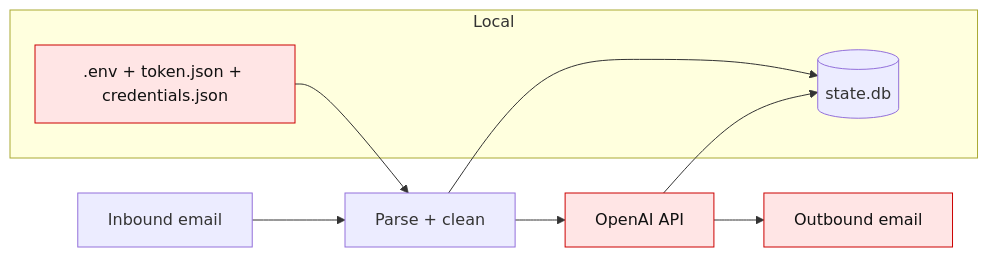
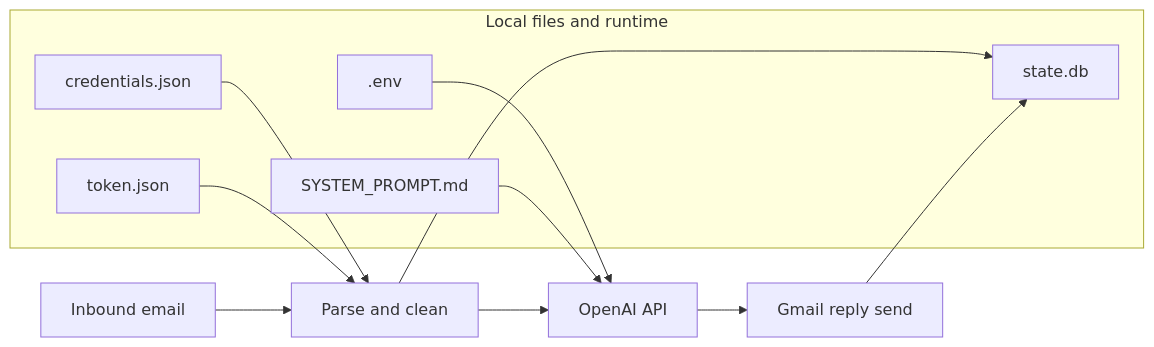
Before and after one commit to LunarMothStudios/Canna-Mailroom: the first of 2 diagrams in docs/security-and-safety.md, drawn with Mermaid. The commit also changed other lines of this file and 16 other files, not shown here.

````diff
--- a/docs/security-and-safety.md
+++ b/docs/security-and-safety.md
@@ -43,18 +94,21 @@
 ```mermaid
-graph LR
-    IN[Inbound email] --> PARSE[Parse + clean]
-    PARSE --> MODEL[OpenAI API]
-    MODEL --> OUT[Outbound email]
+flowchart LR
+    Inbound["Inbound email"] --> Parse["Parse and clean"]
+    Parse --> Model["OpenAI API"]
+    Model --> Send["Gmail reply send"]
 
-    subgraph Local
-      DB[(state.db)]
-      ENV[.env + token.json + credentials.json]
+    subgraph Local["Local files and runtime"]
+        Env[".env"]
+        Creds["credentials.json"]
+        Token["token.json"]
+        DB["state.db"]
+        Prompt["SYSTEM_PROMPT.md"]
     end
 
-    PARSE --> DB
-    MODEL --> DB
-    ENV --> PARSE
-
-    classDef risk fill:#ffe5e5,stroke:#cc0000,color:#111;
-    class MODEL,OUT,ENV risk;
+    Env --> Model
+    Creds --> Parse
+    Token --> Parse
+    Parse --> DB
+    Send --> DB
+    Prompt --> Model
 ```
````
